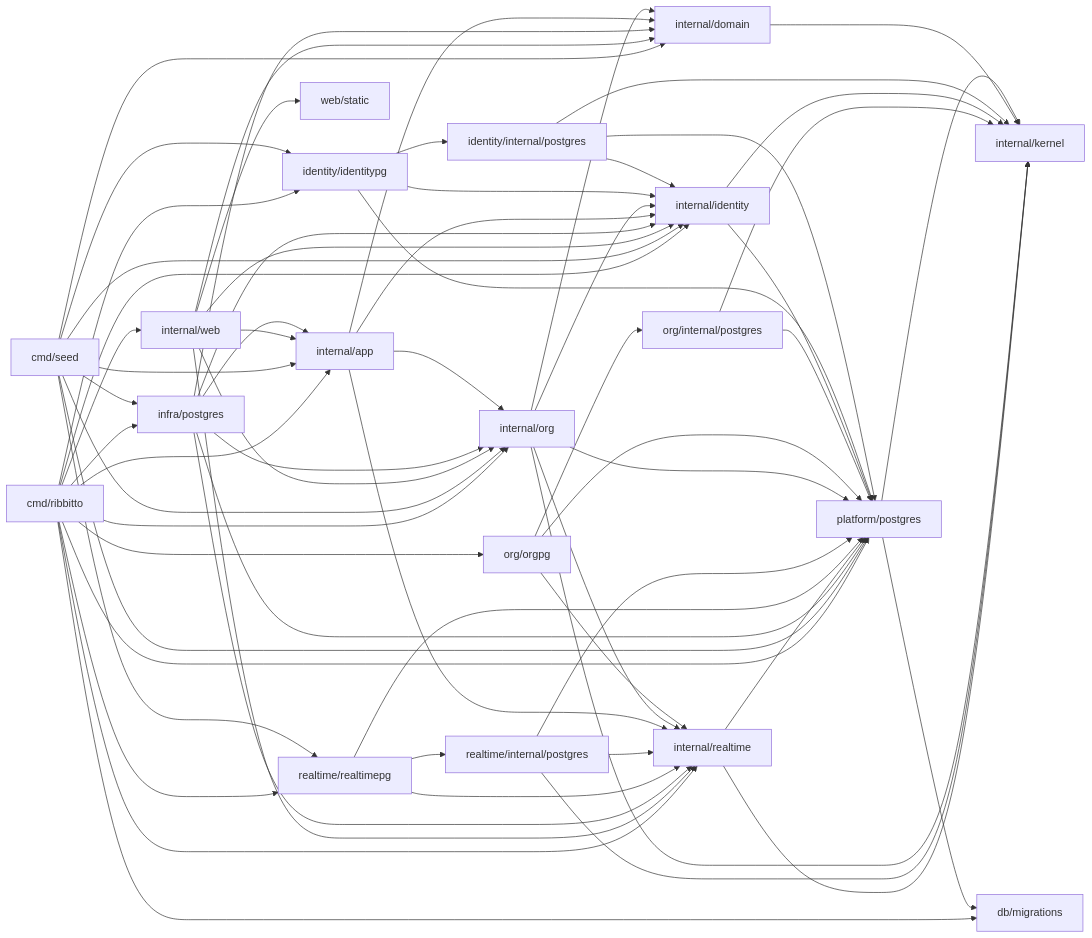
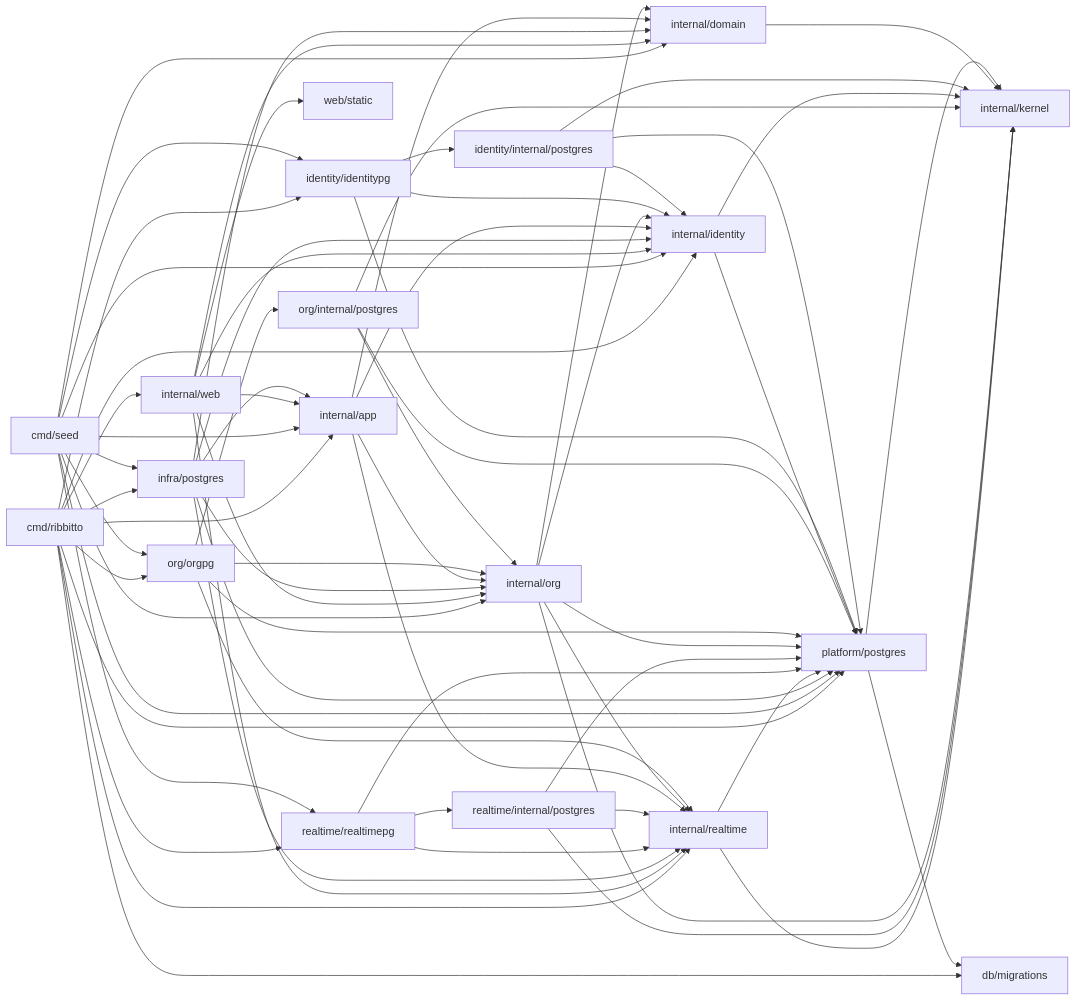
One commit to tkakkie/ribbitto changed the diagram in docs/architecture/packages.md. Above: the diagram before and after it, drawn with Mermaid. The commit also changed other lines of this file and 30 other files, not shown here.

````diff
--- a/docs/architecture/packages.md
+++ b/docs/architecture/packages.md
@@ -66,19 +66,19 @@
 ```mermaid
 flowchart LR
-  cmd[cmd/ribbitto] --> web & app & org & orgpg[org/orgpg] & identity & identitypg[identity/identitypg] & realtimepg & postgres[infra/postgres] & realtime & platform[platform/postgres] & migrations[db/migrations]
-  seed[cmd/seed] --> app & org & identity & identitypg & realtimepg & postgres & platform & domain
+  cmd[cmd/ribbitto] --> web & app & orgpg[org/orgpg] & identity & identitypg[identity/identitypg] & realtimepg & postgres[infra/postgres] & realtime & platform[platform/postgres] & migrations[db/migrations]
+  seed[cmd/seed] --> app & org & orgpg & identity & identitypg & realtimepg & postgres & platform & domain
   web[internal/web] --> app & org & identity & domain & realtime & static[web/static]
   postgres --> app & org & identity & domain & platform & realtime
   realtime[internal/realtime] --> kernel & platform
   realtimepg[realtime/realtimepg] --> realtime & rstore[realtime/internal/postgres] & platform
   rstore --> realtime & platform & kernel
   app[internal/app] --> org & identity & realtime & domain[internal/domain]
   org[internal/org] --> identity & realtime & domain & kernel & platform
-  orgpg --> ostore[org/internal/postgres] & platform & realtime
-  ostore --> platform & kernel
+  orgpg --> org & ostore[org/internal/postgres] & platform & realtime
+  ostore --> org & platform & kernel
   identity[internal/identity] --> kernel & platform
   identitypg --> identity & store[identity/internal/postgres] & platform
   store --> identity & platform & kernel
   domain --> kernel[internal/kernel]
   platform --> kernel & migrations
 ```
````
